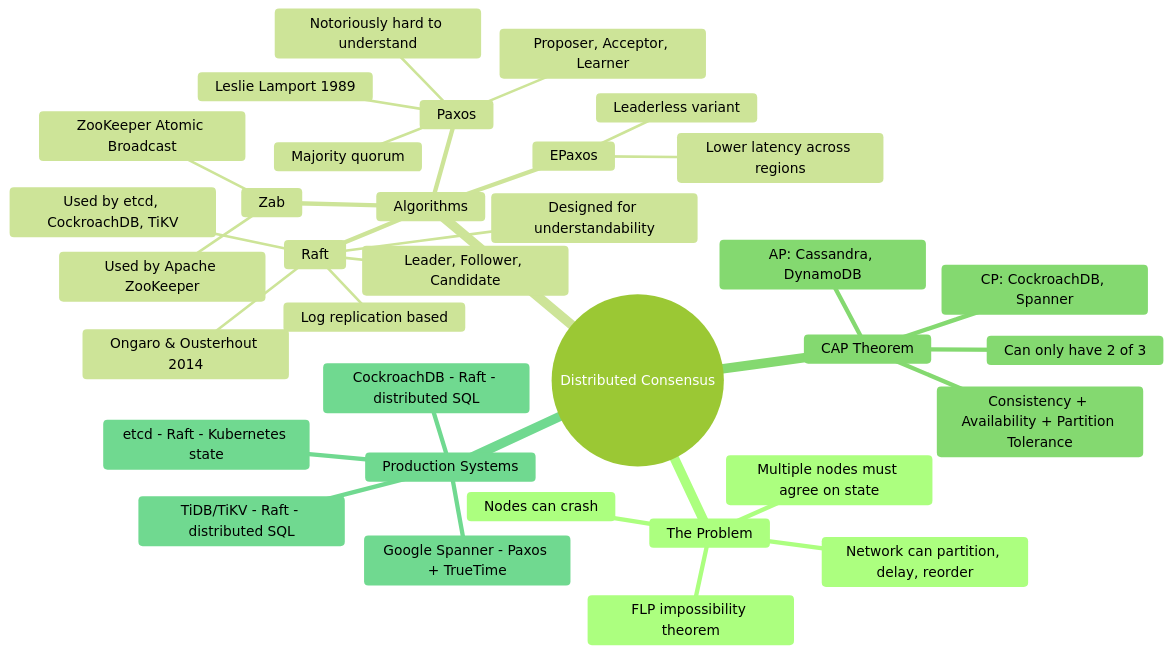
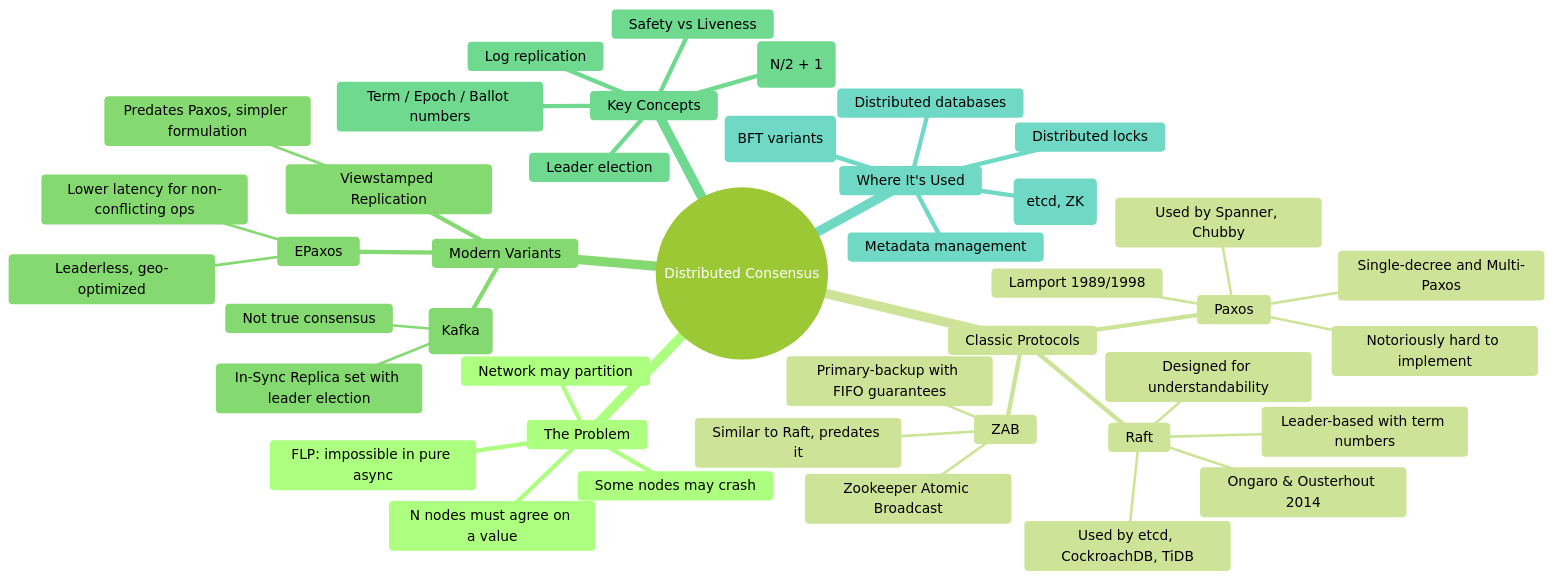
One commit to sivanagaraju/sparkantrigravity changed the first of 2 diagrams in PrincipleDataArchitect/02_Database_Systems/02_Transactions_and_Consistency/03_Distributed_Consensus/01_Concept_Overview.md. Above: the diagram before and after it, drawn with Mermaid (forest theme). The commit also changed other lines of this file and 127 other files, not shown here.

````diff
--- a/PrincipleDataArchitect/02_Database_Systems/02_Transactions_and_Consistency/03_Distributed_Consensus/01_Concept_Overview.md
+++ b/PrincipleDataArchitect/02_Database_Systems/02_Transactions_and_Consistency/03_Distributed_Consensus/01_Concept_Overview.md
@@ -15,37 +35,45 @@
 ```mermaid
 mindmap
   root((Distributed Consensus))
     The Problem
-      Multiple nodes must agree on state
-      Network can partition, delay, reorder
-      Nodes can crash
-      FLP impossibility theorem
-    Algorithms
+      N nodes must agree on a value
+      Some nodes may crash
+      Network may partition
+      FLP: impossible in pure async
+    Classic Protocols
       Paxos
-        Leslie Lamport 1989
-        Proposer, Acceptor, Learner
-        Majority quorum
-        Notoriously hard to understand
+        Lamport 1989/1998
+        Single-decree and Multi-Paxos
+        Used by Spanner, Chubby
+        Notoriously hard to implement
       Raft
         Ongaro & Ousterhout 2014
         Designed for understandability
-        Leader, Follower, Candidate
-        Log replication based
-        Used by etcd, CockroachDB, TiKV
-      Zab
-        ZooKeeper Atomic Broadcast
-        Used by Apache ZooKeeper
+        Used by etcd, CockroachDB, TiDB
+        Leader-based with term numbers
+      ZAB
+        Zookeeper Atomic Broadcast
+        Similar to Raft, predates it
+        Primary-backup with FIFO guarantees
+    Modern Variants
       EPaxos
-        Leaderless variant
-        Lower latency across regions
-    CAP Theorem
-      Consistency + Availability + Partition Tolerance
-      Can only have 2 of 3
-      CP: CockroachDB, Spanner
-      AP: Cassandra, DynamoDB
-    Production Systems
-      etcd - Raft - Kubernetes state
-      CockroachDB - Raft - distributed SQL
-      Google Spanner - Paxos + TrueTime
-      TiDB/TiKV - Raft - distributed SQL
+        Leaderless, geo-optimized
+        Lower latency for non-conflicting ops
+      Viewstamped Replication
+        Predates Paxos, simpler formulation
+      ISR (Kafka)
+        Not true consensus
+        In-Sync Replica set with leader election
+    Key Concepts
+      Quorum: majority of nodes (N/2 + 1)
+      Leader election
+      Log replication
+      Safety vs Liveness
+      Term / Epoch / Ballot numbers
+    Where It's Used
+      Distributed databases
+      Configuration stores (etcd, ZK)
+      Distributed locks
+      Metadata management
+      Blockchain (BFT variants)
 ```
````
